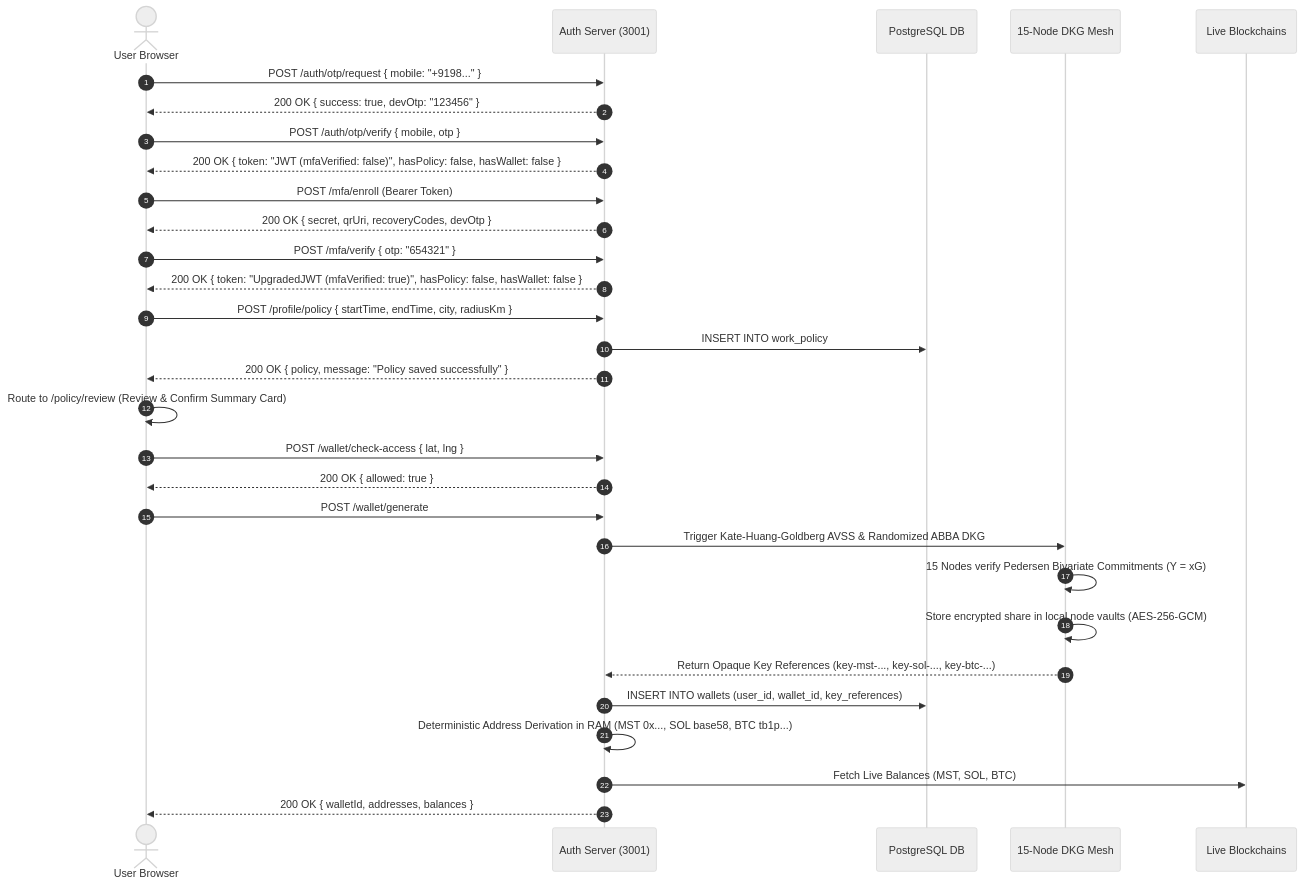
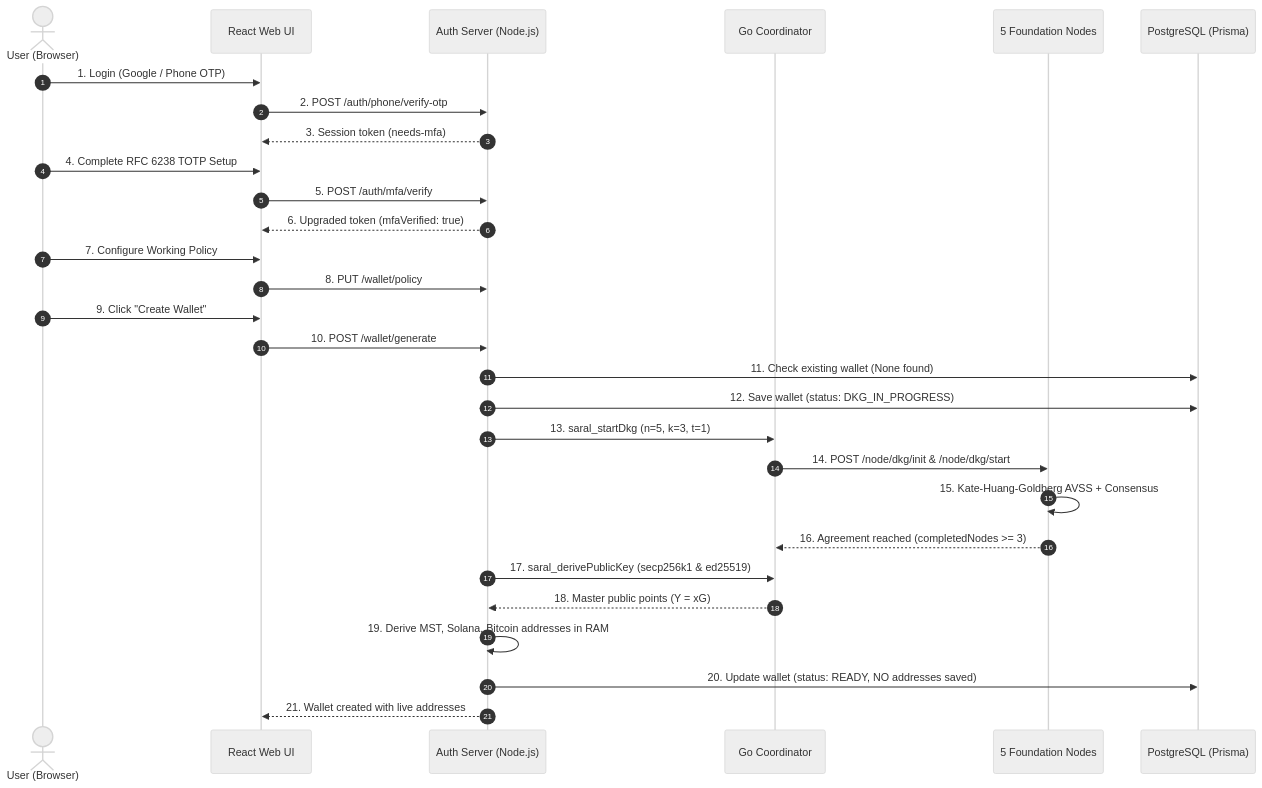
The third of 5 diagrams in SARAL_ARCHITECTURE.md (shubhammongoosetech/saral-poc), drawn with Mermaid (neutral theme) before and after one commit. The commit also changed other lines of this file and 9 other files, not shown here.

Commit message:
refactor(protocol): complete codebase audit, dead code removal, API consolidation and architecture documentation

````diff
--- a/SARAL_ARCHITECTURE.md
+++ b/SARAL_ARCHITECTURE.md
@@ -89,39 +240,32 @@
 ```mermaid
 sequenceDiagram
     autonumber
-    actor User as User Browser
-    participant Auth as Auth Server (3001)
-    participant PG as PostgreSQL DB
-    participant Mesh as 15-Node DKG Mesh
-    participant Chains as Live Blockchains
+    actor User as User (Browser)
+    participant UI as React Web UI
+    participant Auth as Auth Server (Node.js)
+    participant Coord as Go Coordinator
+    participant Nodes as 5 Foundation Nodes
+    participant DB as PostgreSQL (Prisma)
 
-    User->>Auth: POST /auth/otp/request { mobile: "+9198..." }
-    Auth-->>User: 200 OK { success: true, devOtp: "123456" }
-    
-    User->>Auth: POST /auth/otp/verify { mobile, otp }
-    Auth-->>User: 200 OK { token: "JWT (mfaVerified: false)", hasPolicy: false, hasWallet: false }
-
-    User->>Auth: POST /mfa/enroll (Bearer Token)
-    Auth-->>User: 200 OK { secret, qrUri, recoveryCodes, devOtp }
-    
-    User->>Auth: POST /mfa/verify { otp: "654321" }
-    Auth-->>User: 200 OK { token: "UpgradedJWT (mfaVerified: true)", hasPolicy: false, hasWallet: false }
-
-    User->>Auth: POST /profile/policy { startTime, endTime, city, radiusKm }
-    Auth->>PG: INSERT INTO work_policy
-    Auth-->>User: 200 OK { policy, message: "Policy saved successfully" }
-
-    User->>User: Route to /policy/review (Review & Confirm Summary Card)
-    User->>Auth: POST /wallet/check-access { lat, lng }
-    Auth-->>User: 200 OK { allowed: true }
-
-    User->>Auth: POST /wallet/generate
-    Auth->>Mesh: Trigger Kate-Huang-Goldberg AVSS & Randomized ABBA DKG
-    Mesh->>Mesh: 15 Nodes verify Pedersen Bivariate Commitments (Y = xG)
-    Mesh->>Mesh: Store encrypted share in local node vaults (AES-256-GCM)
-    Mesh-->>Auth: Return Opaque Key References (key-mst-..., key-sol-..., key-btc-...)
-    Auth->>PG: INSERT INTO wallets (user_id, wallet_id, key_references)
-    Auth->>Auth: Deterministic Address Derivation in RAM (MST 0x..., SOL base58, BTC tb1p...)
-    Auth->>Chains: Fetch Live Balances (MST, SOL, BTC)
-    Auth-->>User: 200 OK { walletId, addresses, balances }
+    User->>UI: 1. Login (Google / Phone OTP)
+    UI->>Auth: 2. POST /auth/phone/verify-otp
+    Auth-->>UI: 3. Session token (needs-mfa)
+    User->>UI: 4. Complete RFC 6238 TOTP Setup
+    UI->>Auth: 5. POST /auth/mfa/verify
+    Auth-->>UI: 6. Upgraded token (mfaVerified: true)
+    User->>UI: 7. Configure Working Policy
+    UI->>Auth: 8. PUT /wallet/policy
+    User->>UI: 9. Click "Create Wallet"
+    UI->>Auth: 10. POST /wallet/generate
+    Auth->>DB: 11. Check existing wallet (None found)
+    Auth->>DB: 12. Save wallet (status: DKG_IN_PROGRESS)
+    Auth->>Coord: 13. saral_startDkg (n=5, k=3, t=1)
+    Coord->>Nodes: 14. POST /node/dkg/init & /node/dkg/start
+    Nodes->>Nodes: 15. Kate-Huang-Goldberg AVSS + Consensus
+    Nodes-->>Coord: 16. Agreement reached (completedNodes >= 3)
+    Auth->>Coord: 17. saral_derivePublicKey (secp256k1 & ed25519)
+    Coord-->>Auth: 18. Master public points (Y = xG)
+    Auth->>Auth: 19. Derive MST, Solana, Bitcoin addresses in RAM
+    Auth->>DB: 20. Update wallet (status: READY, NO addresses saved)
+    Auth-->>UI: 21. Wallet created with live addresses
 ```
````
